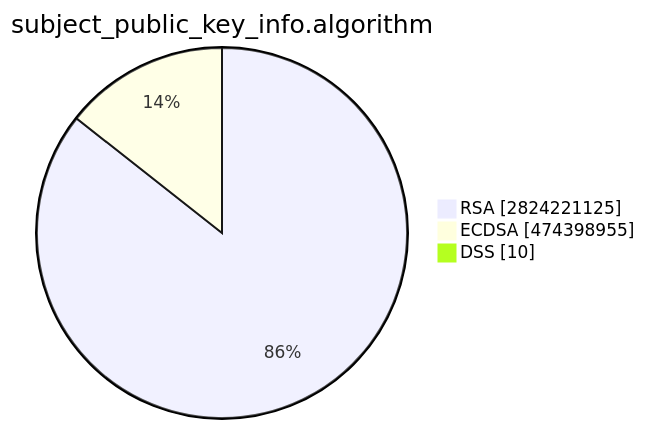
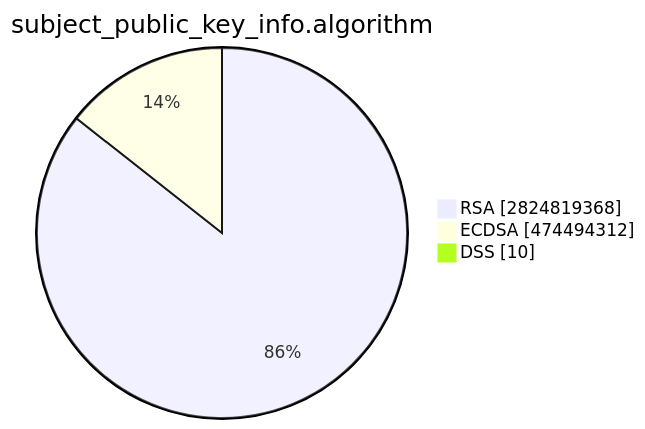
Before and after one commit to christiankrug/ctmonitor_visualization: the second of 15 diagrams in TOTAL/README.md, drawn with Mermaid. The commit also changed other lines of this file, not shown here.

````diff
--- a/TOTAL/README.md
+++ b/TOTAL/README.md
@@ -6,7 +6,7 @@
 ```mermaid
 pie showData
 title subject_public_key_info.algorithm
-"RSA" :2824221125
-"ECDSA" :474398955
+"RSA" :2824819368
+"ECDSA" :474494312
 "DSS" :10
 ```
````
